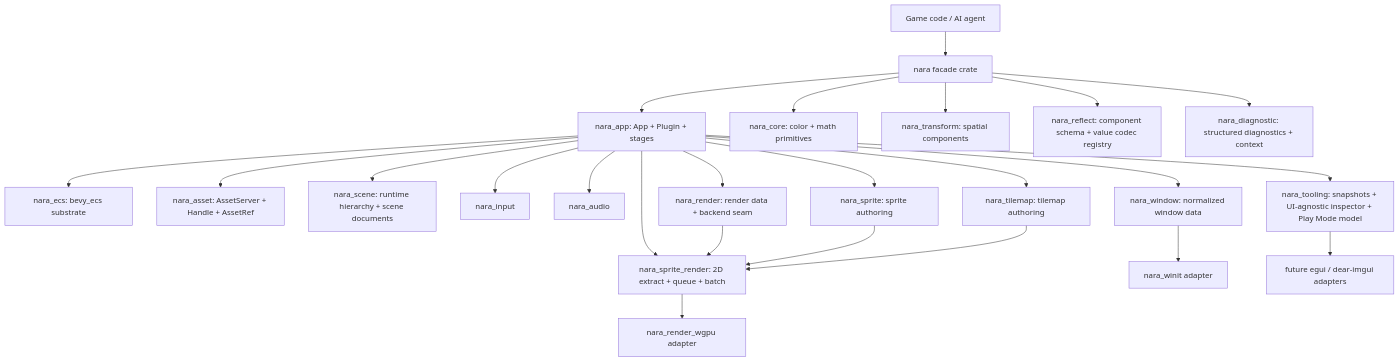
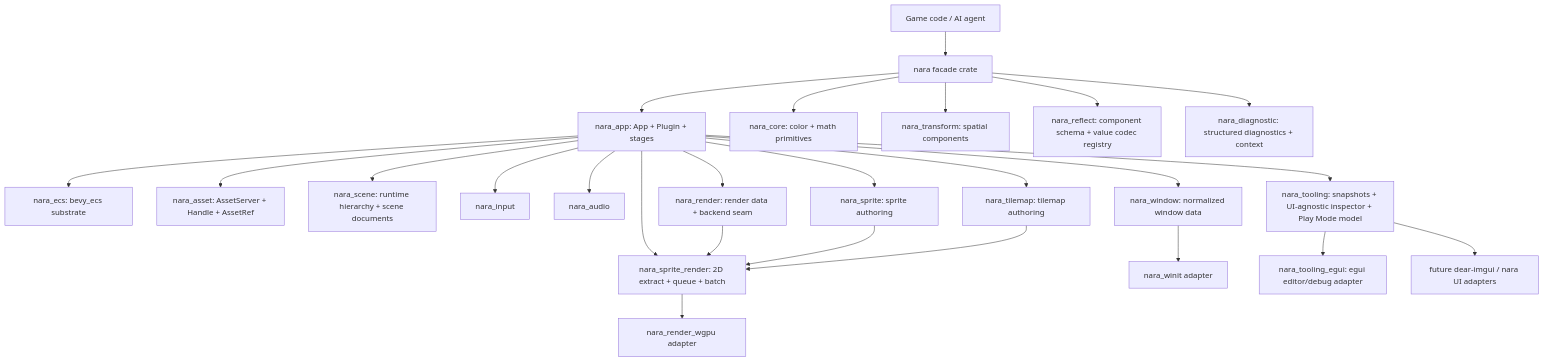
Before and after one commit to Latias94/nara: the first of 2 diagrams in docs/architecture/nara-foundation.md, drawn with Mermaid. The commit also changed other lines of this file and 9 other files, not shown here.

Commit message:
feat(tooling): add egui editor adapter

````diff
--- a/docs/architecture/nara-foundation.md
+++ b/docs/architecture/nara-foundation.md
@@ -37,26 +37,27 @@
 ```mermaid
 flowchart TD
     User[Game code / AI agent] --> Facade[nara facade crate]
     Facade --> App[nara_app: App + Plugin + stages]
     App --> ECS[nara_ecs: bevy_ecs substrate]
     Facade --> Core[nara_core: color + math primitives]
     Facade --> Transform[nara_transform: spatial components]
     Facade --> Reflect[nara_reflect: component schema + value codec registry]
     Facade --> Diagnostic[nara_diagnostic: structured diagnostics + context]
     App --> Asset[nara_asset: AssetServer + Handle + AssetRef]
     App --> Scene[nara_scene: runtime hierarchy + scene documents]
     App --> Input[nara_input]
     App --> Audio[nara_audio]
     App --> Render[nara_render: render data + backend seam]
     App --> Sprite[nara_sprite: sprite authoring]
     App --> Tilemap[nara_tilemap: tilemap authoring]
     App --> SpriteRender[nara_sprite_render: 2D extract + queue + batch]
     App --> Window[nara_window: normalized window data]
     Window --> WinitAdapter[nara_winit adapter]
     App --> Tooling[nara_tooling: snapshots + UI-agnostic inspector + Play Mode model]
+    Tooling --> EguiTooling[nara_tooling_egui: egui editor/debug adapter]
     Render --> SpriteRender
     Sprite --> SpriteRender
     Tilemap --> SpriteRender
     SpriteRender --> WgpuAdapter[nara_render_wgpu adapter]
-    Tooling --> DebugUi[future egui / dear-imgui adapters]
+    Tooling --> DebugUi[future dear-imgui / nara UI adapters]
 ```
````
